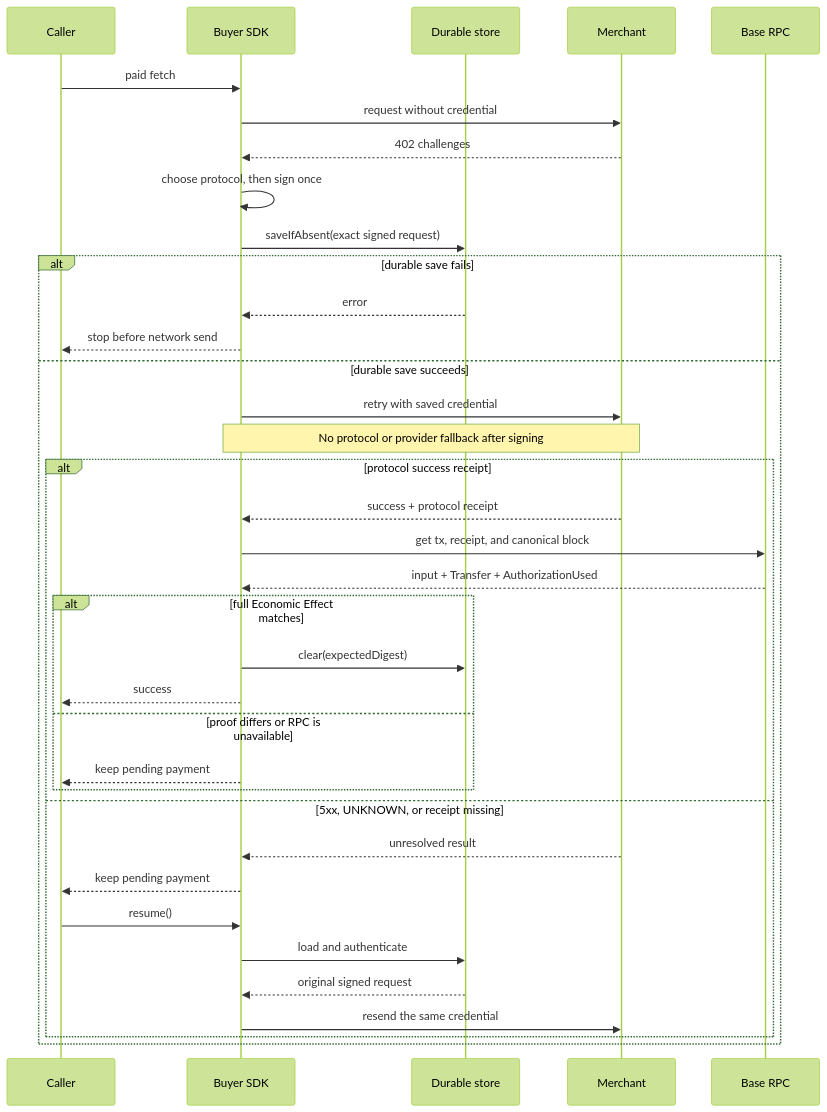
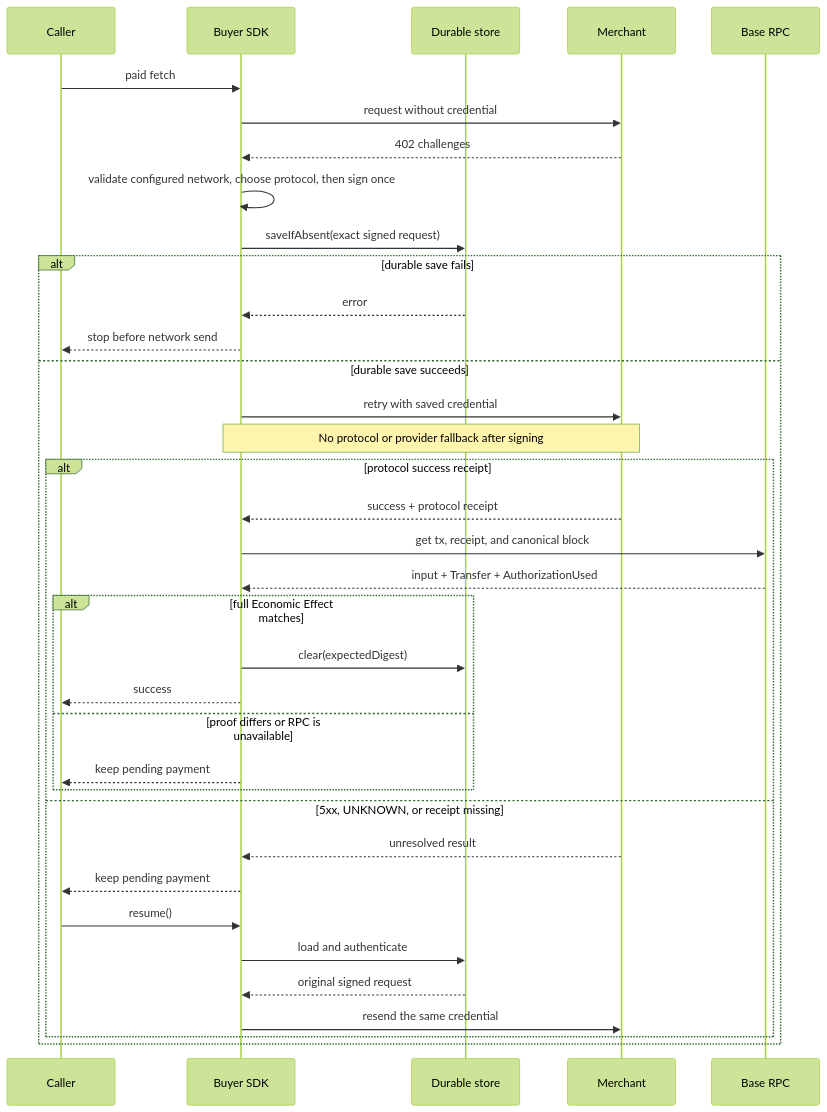
The diagram in packages/pay/docs/protocol-selection-and-recovery.md (0xkey-io/sdk-js), drawn with Mermaid (forest theme) before and after one commit. The commit also changed other lines of this file and 21 other files, not shown here.

````diff
--- a/packages/pay/docs/protocol-selection-and-recovery.md
+++ b/packages/pay/docs/protocol-selection-and-recovery.md
@@ -80,39 +86,39 @@
 ```mermaid
 sequenceDiagram
     participant Caller
     participant Buyer as Buyer SDK
     participant Store as Durable store
     participant Merchant
     participant Base as Base RPC
 
     Caller->>Buyer: paid fetch
     Buyer->>Merchant: request without credential
     Merchant-->>Buyer: 402 challenges
-    Buyer->>Buyer: choose protocol, then sign once
+    Buyer->>Buyer: validate configured network, choose protocol, then sign once
     Buyer->>Store: saveIfAbsent(exact signed request)
     alt durable save fails
         Store-->>Buyer: error
         Buyer-->>Caller: stop before network send
     else durable save succeeds
         Buyer->>Merchant: retry with saved credential
         Note over Buyer,Merchant: No protocol or provider fallback after signing
         alt protocol success receipt
             Merchant-->>Buyer: success + protocol receipt
             Buyer->>Base: get tx, receipt, and canonical block
             Base-->>Buyer: input + Transfer + AuthorizationUsed
             alt full Economic Effect matches
                 Buyer->>Store: clear(expectedDigest)
                 Buyer-->>Caller: success
             else proof differs or RPC is unavailable
                 Buyer-->>Caller: keep pending payment
             end
         else 5xx, UNKNOWN, or receipt missing
             Merchant-->>Buyer: unresolved result
             Buyer-->>Caller: keep pending payment
             Caller->>Buyer: resume()
             Buyer->>Store: load and authenticate
             Store-->>Buyer: original signed request
             Buyer->>Merchant: resend the same credential
         end
     end
 ```
````
